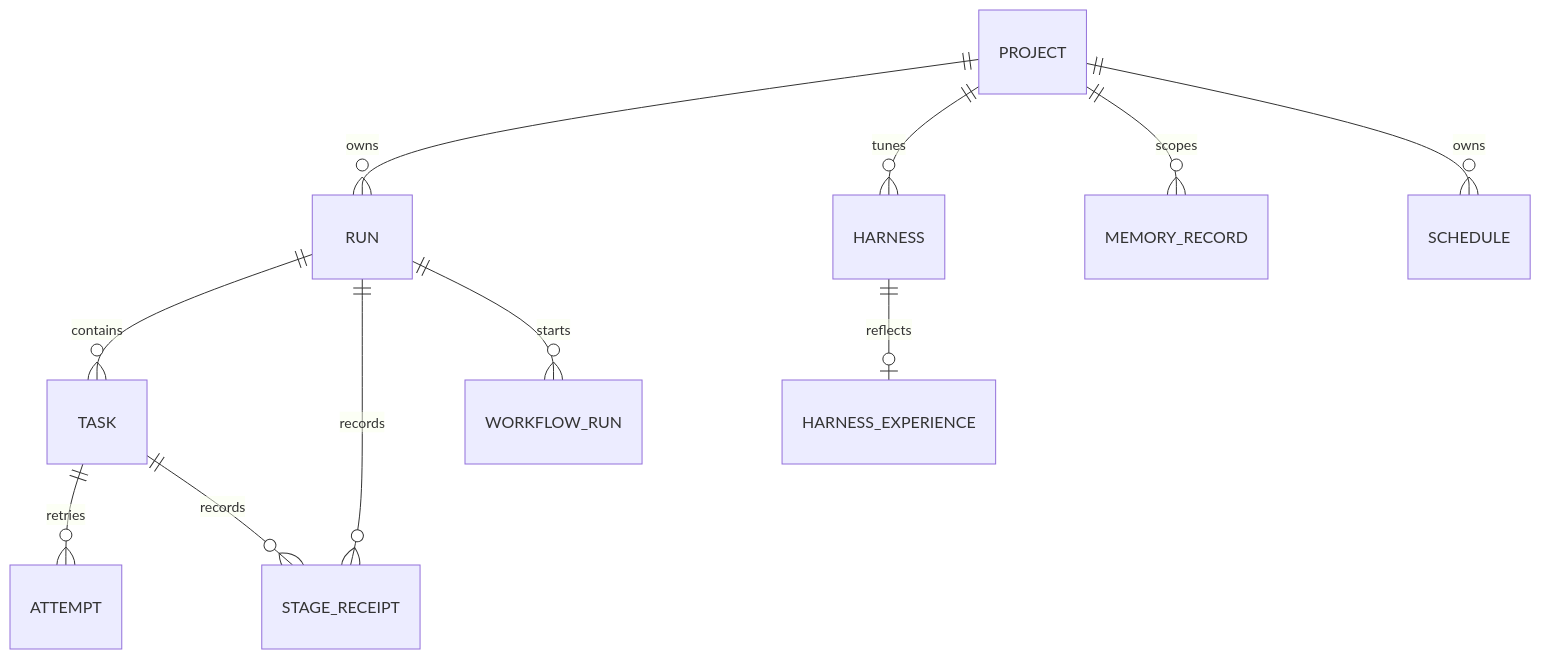
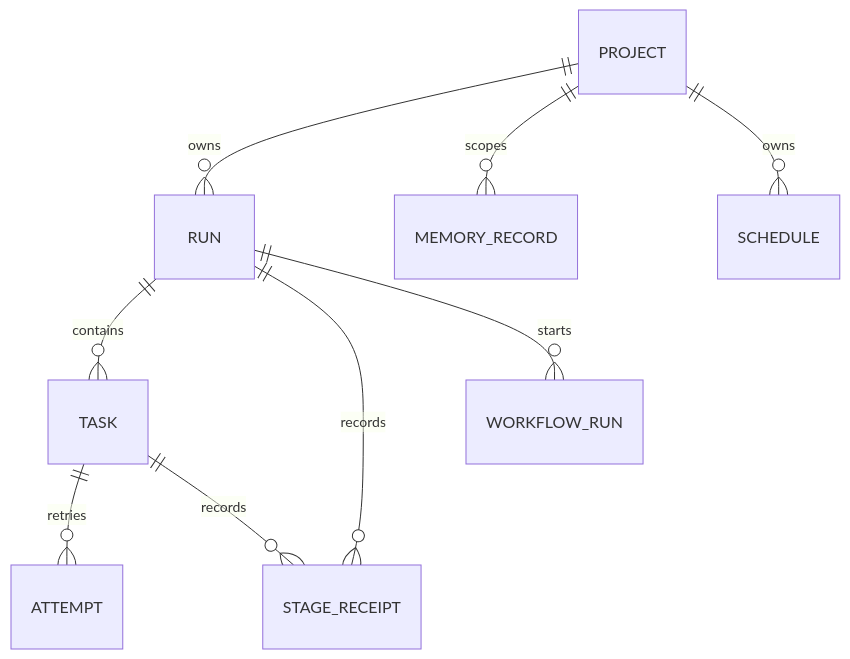
The diagram in docs/data-model.md (VKirill/bb-plugin-lane-pilot), drawn with Mermaid before and after one commit. The commit also changed other lines of this file and 4392 other files, not shown here.

First line of the commit message:
feat: pause, prune, one scheduler, one architecture (0.1.610)

````diff
--- a/docs/data-model.md
+++ b/docs/data-model.md
@@ -36,13 +31,11 @@
 ```mermaid
 erDiagram
   PROJECT ||--o{ RUN : owns
   RUN ||--o{ TASK : contains
-  PROJECT ||--o{ HARNESS : tunes
-  HARNESS ||--o| HARNESS_EXPERIENCE : reflects
   TASK ||--o{ ATTEMPT : retries
   RUN ||--o{ STAGE_RECEIPT : records
   TASK ||--o{ STAGE_RECEIPT : records
   PROJECT ||--o{ MEMORY_RECORD : scopes
   PROJECT ||--o{ SCHEDULE : owns
   RUN ||--o{ WORKFLOW_RUN : starts
 ```
````
